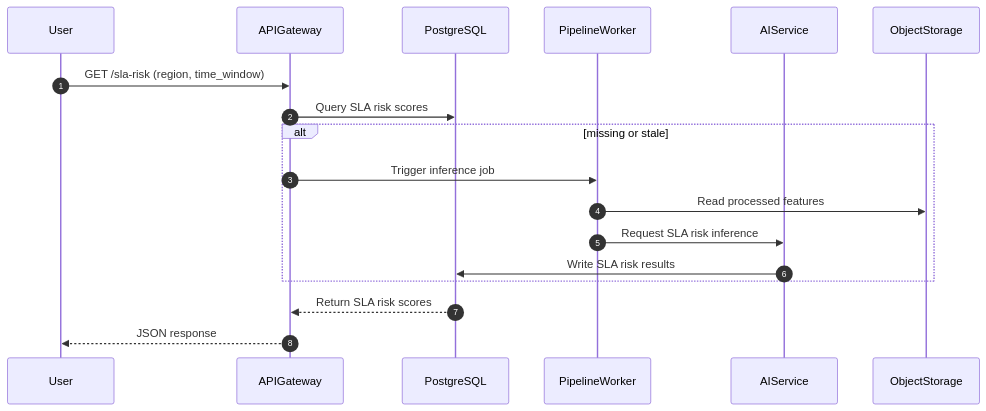
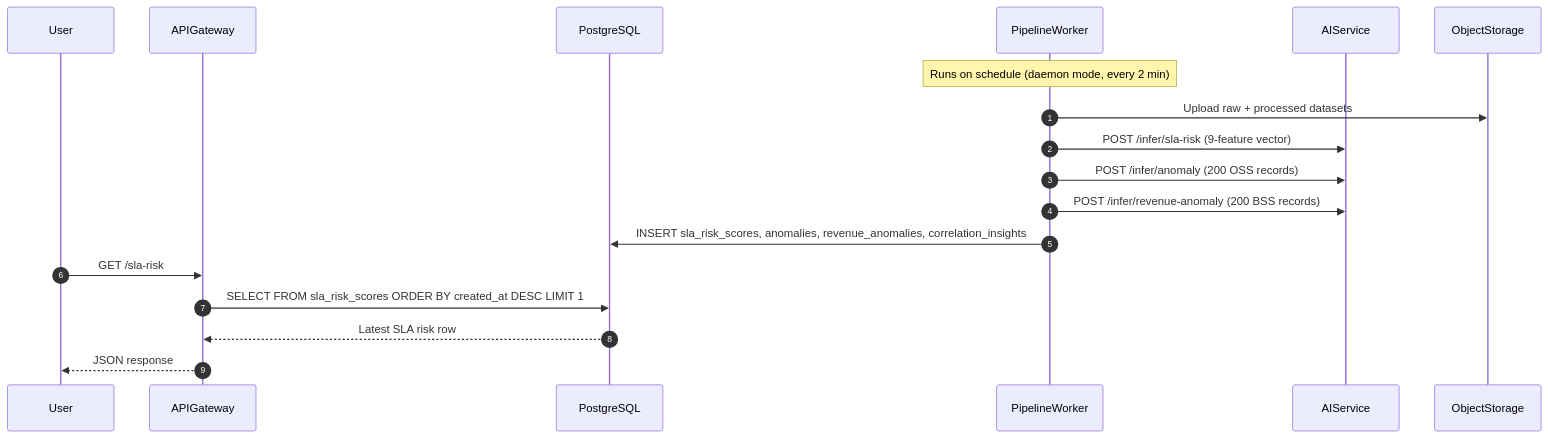
Before and after one commit to souhayl1g/telecom-cloud-intelligence: the second of 2 diagrams in docs/architecture/architecture-v1.md, drawn with Mermaid. The commit also changed other lines of this file and 261 other files, not shown here.

````diff
--- a/docs/architecture/architecture-v1.md
+++ b/docs/architecture/architecture-v1.md
@@ -23,21 +23,22 @@
 ```mermaid
 sequenceDiagram
   autonumber
   participant U as User
   participant G as APIGateway
   participant P as PostgreSQL
   participant W as PipelineWorker
   participant A as AIService
   participant O as ObjectStorage
 
-  U->>G: GET /sla-risk (region, time_window)
-  G->>P: Query SLA risk scores
-  alt missing or stale
-    G->>W: Trigger inference job
-    W->>O: Read processed features
-    W->>A: Request SLA risk inference
-    A->>P: Write SLA risk results
-  end
-  P-->>G: Return SLA risk scores
+  Note over W: Runs on schedule (daemon mode, every 2 min)
+  W->>O: Upload raw + processed datasets
+  W->>A: POST /infer/sla-risk (9-feature vector)
+  W->>A: POST /infer/anomaly (200 OSS records)
+  W->>A: POST /infer/revenue-anomaly (200 BSS records)
+  W->>P: INSERT sla_risk_scores, anomalies, revenue_anomalies, correlation_insights
+
+  U->>G: GET /sla-risk
+  G->>P: SELECT FROM sla_risk_scores ORDER BY created_at DESC LIMIT 1
+  P-->>G: Latest SLA risk row
   G-->>U: JSON response
 ```
````
